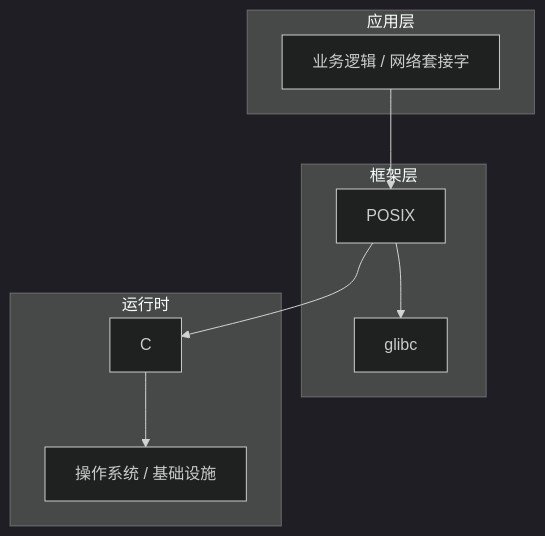
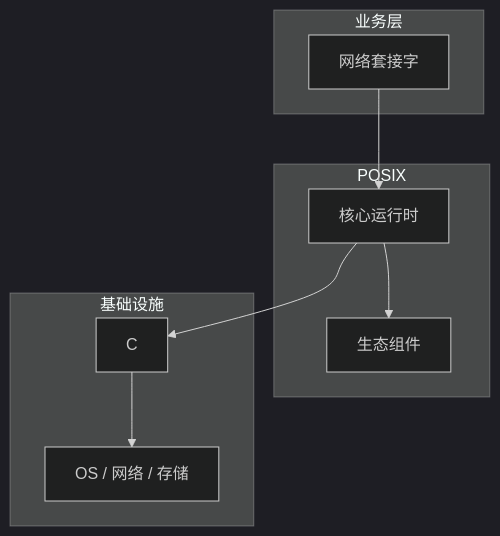
Before and after one commit to yanggan2015/knowledge-json-v2: the diagram in articles/Linux系统编程/chapters/061-网络套接字核心概念与原理.md, drawn with Mermaid (dark theme). The commit also changed other lines of this file and 10127 other files, not shown here.

````diff
--- a/articles/Linux系统编程/chapters/061-网络套接字核心概念与原理.md
+++ b/articles/Linux系统编程/chapters/061-网络套接字核心概念与原理.md
@@ -45,18 +34,18 @@
 ```mermaid
 graph TB
-    subgraph 应用层
-        A[业务逻辑 / 网络套接字]
+    subgraph 业务层
+        A[网络套接字]
     end
-    subgraph 框架层
-        B[POSIX]
-        C[glibc]
+    subgraph POSIX
+        B[核心运行时]
+        C[生态组件]
     end
-    subgraph 运行时
+    subgraph 基础设施
         D[C]
-        E[操作系统 / 基础设施]
+        E[OS / 网络 / 存储]
     end
     A --> B
     B --> C
     B --> D
     D --> E
 ```
````
